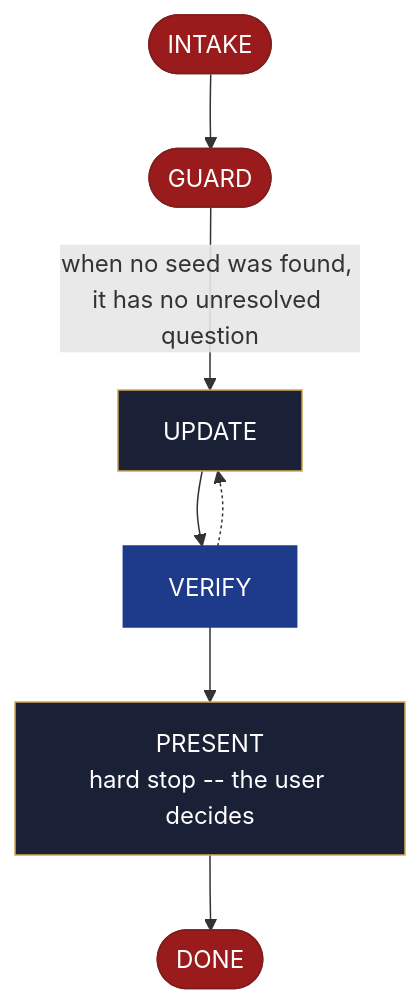
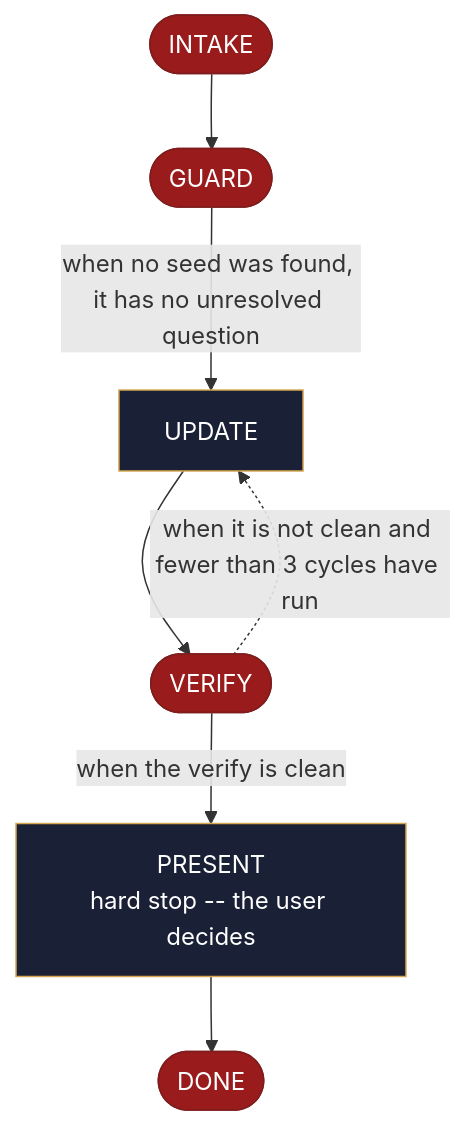
Before and after one commit to AndreVianna/aid-methodology: the diagram in site/src/content/docs/skills/aid-update-backlog.md, drawn with Mermaid. The commit also changed other lines of this file and 258 other files, not shown here.

````diff
--- a/site/src/content/docs/skills/aid-update-backlog.md
+++ b/site/src/content/docs/skills/aid-update-backlog.md
@@ -20,33 +20,33 @@
 ```mermaid
 flowchart TB
   classDef aidNode color:#fff
   classDef aidEntry fill:#166534,stroke:#14532d,color:#fff
   classDef aidExit fill:#991b1b,stroke:#7f1d1d,color:#fff
   classDef aidDecision fill:#92400e,stroke:#78350f,color:#fff
   classDef aidLoopBack fill:#1e3a8a,stroke:#1e3a8a,color:#fff
   classDef aidStep fill:#1a2035,stroke:#d4a853,color:#f1f5f9
   n1(["INTAKE"])
   n2(["GUARD"])
   n3["UPDATE"]
-  n4["VERIFY"]
+  n4(["VERIFY"])
   n5["PRESENT<br/>hard stop -- the user decides"]
   n6(["DONE"])
   n1 --> n2
   n2 -->|"when no seed was found, it has no unresolved question"| n3
   n3 --> n4
-  n4 -.-> n3
-  n4 --> n5
+  n4 -. "when it is not clean and fewer than 3 cycles have run" .-> n3
+  n4 -->|"when the verify is clean"| n5
   n5 --> n6
   class n1 aidExit
   class n2 aidExit
   class n3 aidStep
-  class n4 aidLoopBack
+  class n4 aidExit
   class n5 aidStep
   class n6 aidExit
   class n1 aidNode
   class n2 aidNode
   class n3 aidNode
   class n4 aidNode
   class n5 aidNode
   class n6 aidNode
 ```
````
